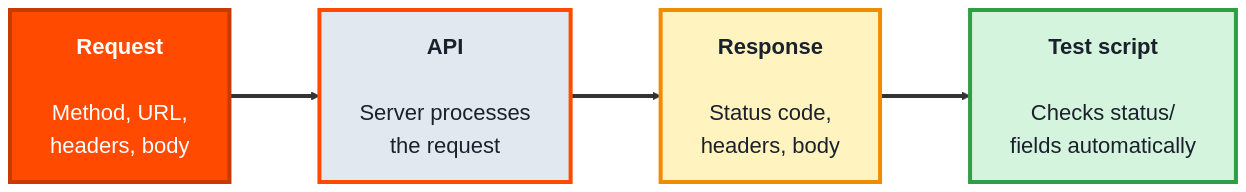
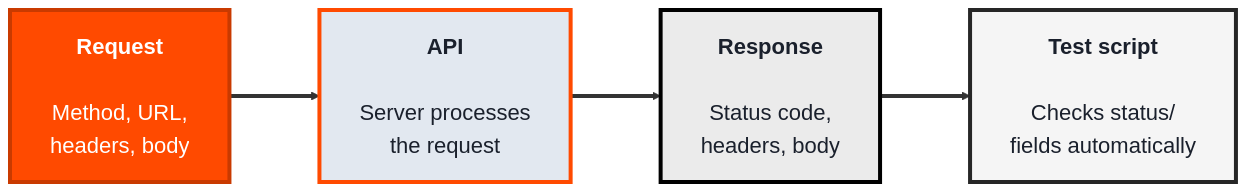
Before and after one commit to SHEMODELTECH/shemodeltech: the first of 3 diagrams in src/Pages/courses/TechQA/module-4-api-testing.md, drawn with Mermaid. The commit also changed other lines of this file and 46 other files, not shown here.

````diff
--- a/src/Pages/courses/TechQA/module-4-api-testing.md
+++ b/src/Pages/courses/TechQA/module-4-api-testing.md
@@ -20,16 +20,16 @@
 ```mermaid
 %%{init: {'theme':'base', 'themeVariables': {'fontSize':'22px', 'primaryTextColor':'#1a202c', 'primaryBorderColor':'#c93a00', 'lineColor':'#333333'}, 'flowchart': {'nodeSpacing': 70, 'rankSpacing': 90, 'padding': 20}}}%%
 flowchart LR
     R["<b>Request</b><br/><br/>Method, URL,<br/>headers, body"]
     API["<b>API</b><br/><br/>Server processes<br/>the request"]
     RESP["<b>Response</b><br/><br/>Status code,<br/>headers, body"]
     T["<b>Test script</b><br/><br/>Checks status/<br/>fields automatically"]
 
     R ==> API ==> RESP ==> T
 
     style R fill:#ff4a00,color:#fff,stroke:#c93a00,stroke-width:4px
     style API fill:#e2e8f0,color:#1a202c,stroke:#ff4a00,stroke-width:4px
-    style RESP fill:#fff3bf,color:#1a202c,stroke:#f08c00,stroke-width:4px
-    style T fill:#d4f4dd,color:#1a202c,stroke:#2f9e44,stroke-width:4px
+    style RESP fill:#EBEBEB,color:#1a202c,stroke:#000000,stroke-width:4px
+    style T fill:#F5F5F5,color:#1a202c,stroke:#262626,stroke-width:4px
     linkStyle default stroke-width:4px,stroke:#333333
 ```
````
